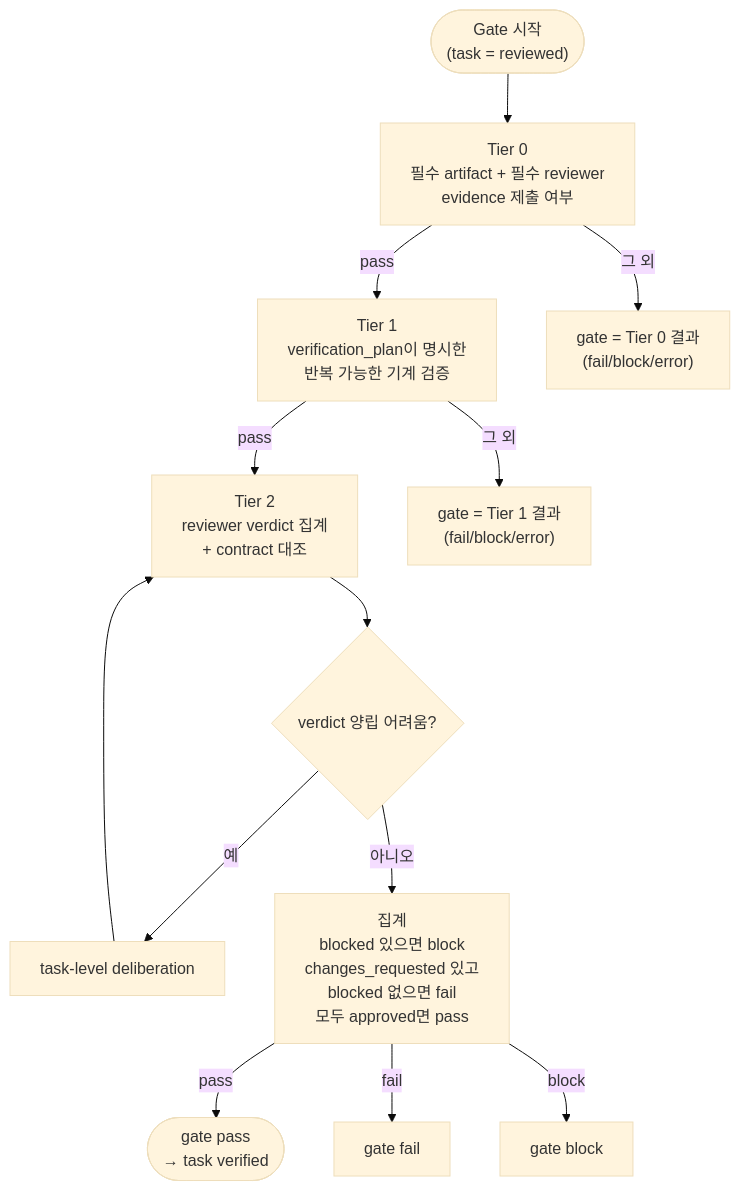
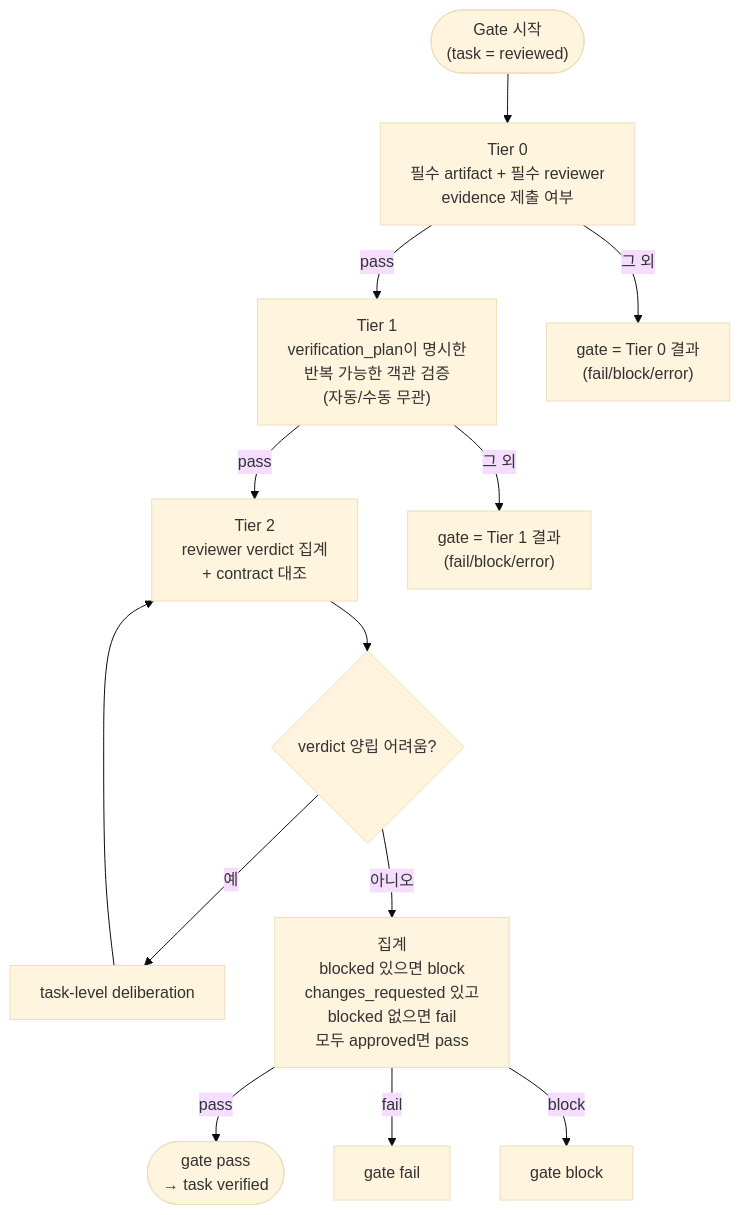
Before and after one commit to choam2426/geas: the fourth of 6 diagrams in docs/ko/DIAGRAMS.md, drawn with Mermaid (base theme). The commit also changed 1 other file, not shown here.

Commit message:
tier 1 evidence gate is objective, not mechanical
The prior wording called tier 1 mechanical verification, which read
as automation-only and left no room for fixed manual procedures
(e.g., checklist-driven UI checks) that are still reproducible.

Restate tier 1 as reproducible objective verification whose result is
the same regardless of who runs it, and note that automation and
tightly scripted manual procedures both qualify. Judgment-based
verification stays in tier 2. Update doc 03 and DIAGRAMS.md in sync.

````diff
--- a/docs/ko/DIAGRAMS.md
+++ b/docs/ko/DIAGRAMS.md
@@ -137,33 +137,33 @@
 ```mermaid
 flowchart TD
     Start(["Gate 시작<br/>(task = reviewed)"])
 
     T0["Tier 0<br/>필수 artifact + 필수 reviewer<br/>evidence 제출 여부"]
-    T1["Tier 1<br/>verification_plan이 명시한<br/>반복 가능한 기계 검증"]
+    T1["Tier 1<br/>verification_plan이 명시한<br/>반복 가능한 객관 검증<br/>(자동/수동 무관)"]
     T2["Tier 2<br/>reviewer verdict 집계<br/>+ contract 대조"]
 
     Out0["gate = Tier 0 결과<br/>(fail/block/error)"]
     Out1["gate = Tier 1 결과<br/>(fail/block/error)"]
     OutPass(["gate pass<br/>→ task verified"])
     OutFail["gate fail"]
     OutBlock["gate block"]
 
     Delib{"verdict 양립 어려움?"}
     DelibRun["task-level deliberation"]
 
     Start --> T0
     T0 -->|pass| T1
     T0 -->|그 외| Out0
 
     T1 -->|pass| T2
     T1 -->|그 외| Out1
 
     T2 --> Delib
     Delib -->|예| DelibRun
     DelibRun --> T2
     Delib -->|아니오| Agg["집계<br/>blocked 있으면 block<br/>changes_requested 있고<br/>blocked 없으면 fail<br/>모두 approved면 pass"]
 
     Agg -->|pass| OutPass
     Agg -->|fail| OutFail
     Agg -->|block| OutBlock
 ```
````
